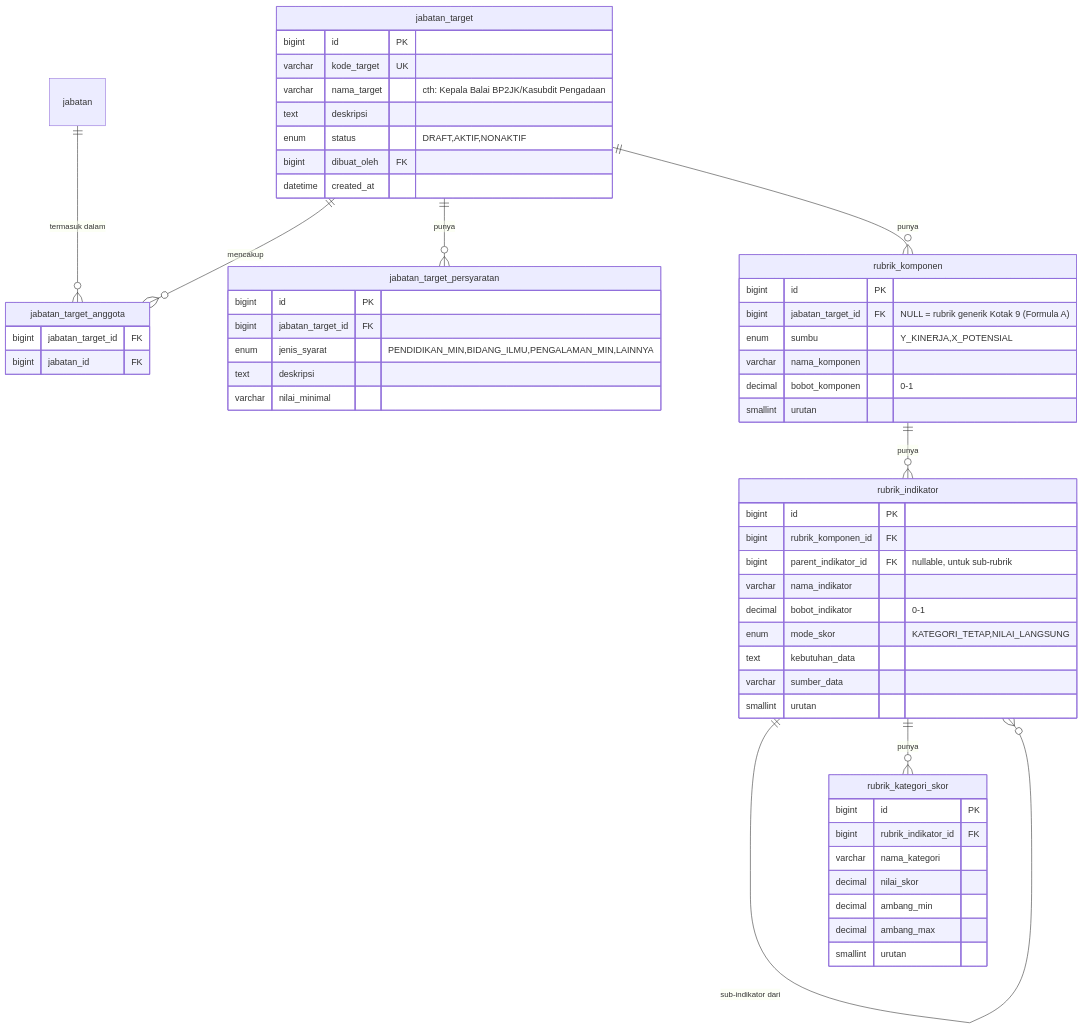
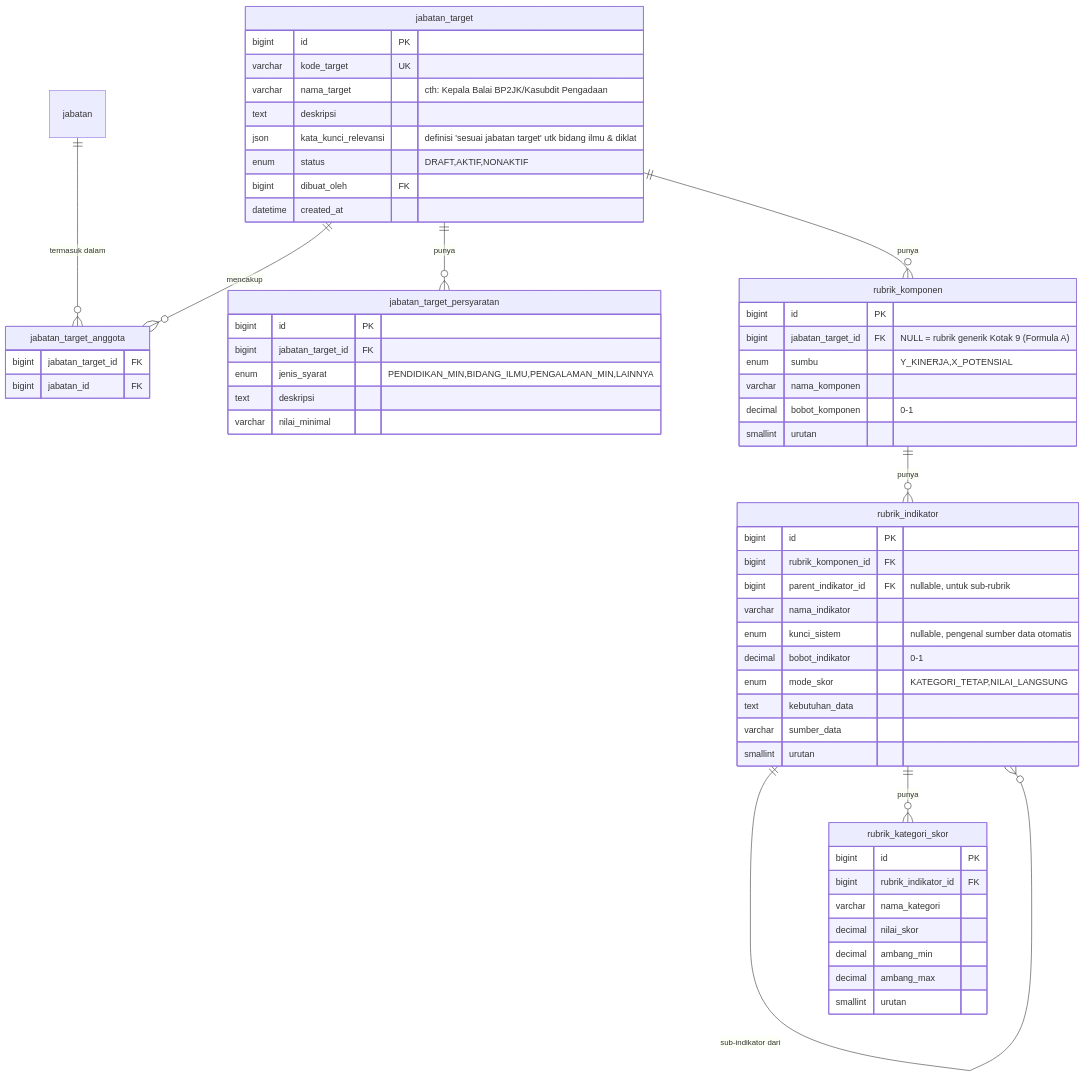
The second of 4 diagrams in doc/ERD.md (Praz-715/pupr-argo-dev), drawn with Mermaid before and after one commit. The commit also changed other lines of this file and 207 other files, not shown here.

````diff
--- a/doc/ERD.md
+++ b/doc/ERD.md
@@ -127,59 +136,61 @@
 ```mermaid
 erDiagram
     jabatan_target ||--o{ jabatan_target_anggota : mencakup
     jabatan ||--o{ jabatan_target_anggota : "termasuk dalam"
     jabatan_target ||--o{ jabatan_target_persyaratan : punya
     jabatan_target ||--o{ rubrik_komponen : punya
     rubrik_komponen ||--o{ rubrik_indikator : punya
     rubrik_indikator ||--o{ rubrik_indikator : "sub-indikator dari"
     rubrik_indikator ||--o{ rubrik_kategori_skor : punya
 
     jabatan_target {
         bigint id PK
         varchar kode_target UK
         varchar nama_target "cth: Kepala Balai BP2JK/Kasubdit Pengadaan"
         text deskripsi
+        json kata_kunci_relevansi "definisi 'sesuai jabatan target' utk bidang ilmu & diklat"
         enum status "DRAFT,AKTIF,NONAKTIF"
         bigint dibuat_oleh FK
         datetime created_at
     }
     jabatan_target_anggota {
         bigint jabatan_target_id FK
         bigint jabatan_id FK
     }
     jabatan_target_persyaratan {
         bigint id PK
         bigint jabatan_target_id FK
         enum jenis_syarat "PENDIDIKAN_MIN,BIDANG_ILMU,PENGALAMAN_MIN,LAINNYA"
         text deskripsi
         varchar nilai_minimal
     }
     rubrik_komponen {
         bigint id PK
         bigint jabatan_target_id FK "NULL = rubrik generik Kotak 9 (Formula A)"
         enum sumbu "Y_KINERJA,X_POTENSIAL"
         varchar nama_komponen
         decimal bobot_komponen "0-1"
         smallint urutan
     }
     rubrik_indikator {
         bigint id PK
         bigint rubrik_komponen_id FK
         bigint parent_indikator_id FK "nullable, untuk sub-rubrik"
         varchar nama_indikator
+        enum kunci_sistem "nullable, pengenal sumber data otomatis"
         decimal bobot_indikator "0-1"
         enum mode_skor "KATEGORI_TETAP,NILAI_LANGSUNG"
         text kebutuhan_data
         varchar sumber_data
         smallint urutan
     }
     rubrik_kategori_skor {
         bigint id PK
         bigint rubrik_indikator_id FK
         varchar nama_kategori
         decimal nilai_skor
         decimal ambang_min
         decimal ambang_max
         smallint urutan
     }
 ```
````
